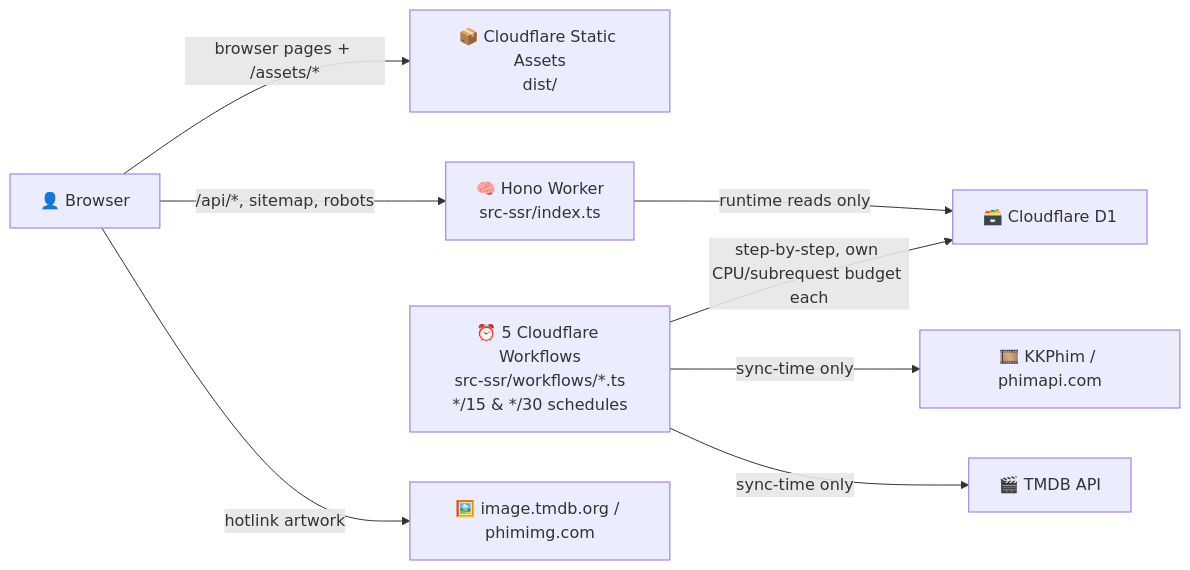
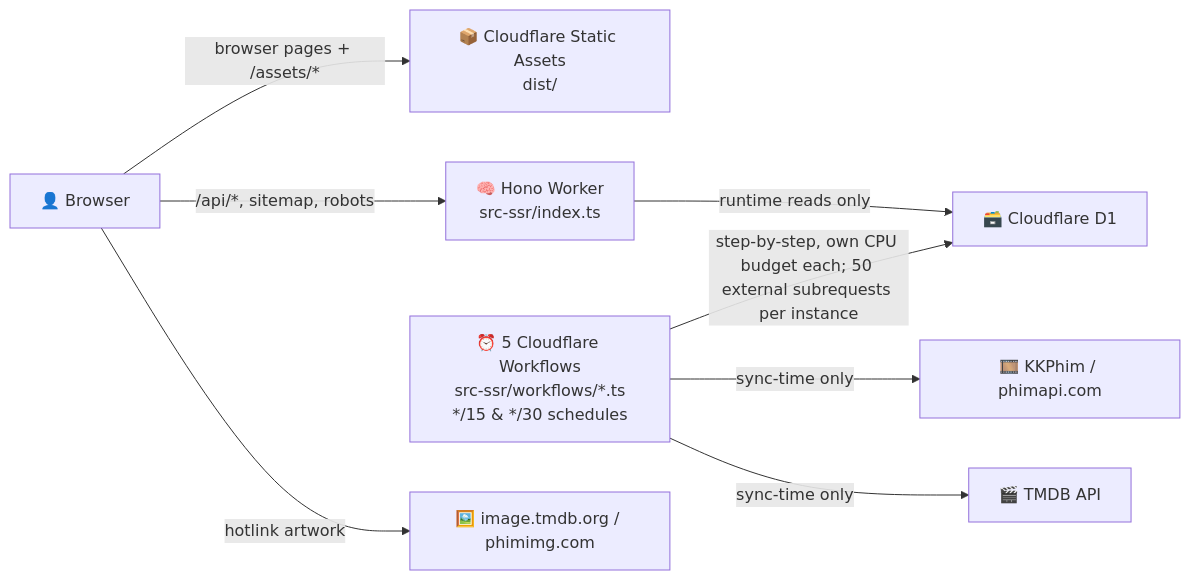
The diagram in README.md (O365ServeronMS/redflare), drawn with Mermaid before and after one commit. The commit also changed other lines of this file and 10 other files, not shown here.

First line of the commit message:
fix(sync): budget external fetches per Workflow instance on Free

````diff
--- a/README.md
+++ b/README.md
@@ -47,19 +47,19 @@
 ```mermaid
 flowchart LR
     U["👤 Browser"]
     A["📦 Cloudflare Static Assets<br/>dist/"]
     W["🧠 Hono Worker<br/>src-ssr/index.ts"]
     D["🗃️ Cloudflare D1"]
     C["⏰ 5 Cloudflare Workflows<br/>src-ssr/workflows/*.ts<br/>*/15 & */30 schedules"]
     K["🎞️ KKPhim / phimapi.com"]
     T["🎬 TMDB API"]
     I["🖼️ image.tmdb.org / phimimg.com"]
 
     U -->|"browser pages + /assets/*"| A
     U -->|"/api/*, sitemap, robots"| W
     W -->|"runtime reads only"| D
-    C -->|"step-by-step, own CPU/subrequest budget each"| D
+    C -->|"step-by-step, own CPU budget each; 50 external subrequests per instance"| D
     C -->|"sync-time only"| K
     C -->|"sync-time only"| T
     U -->|"hotlink artwork"| I
 ```
````
